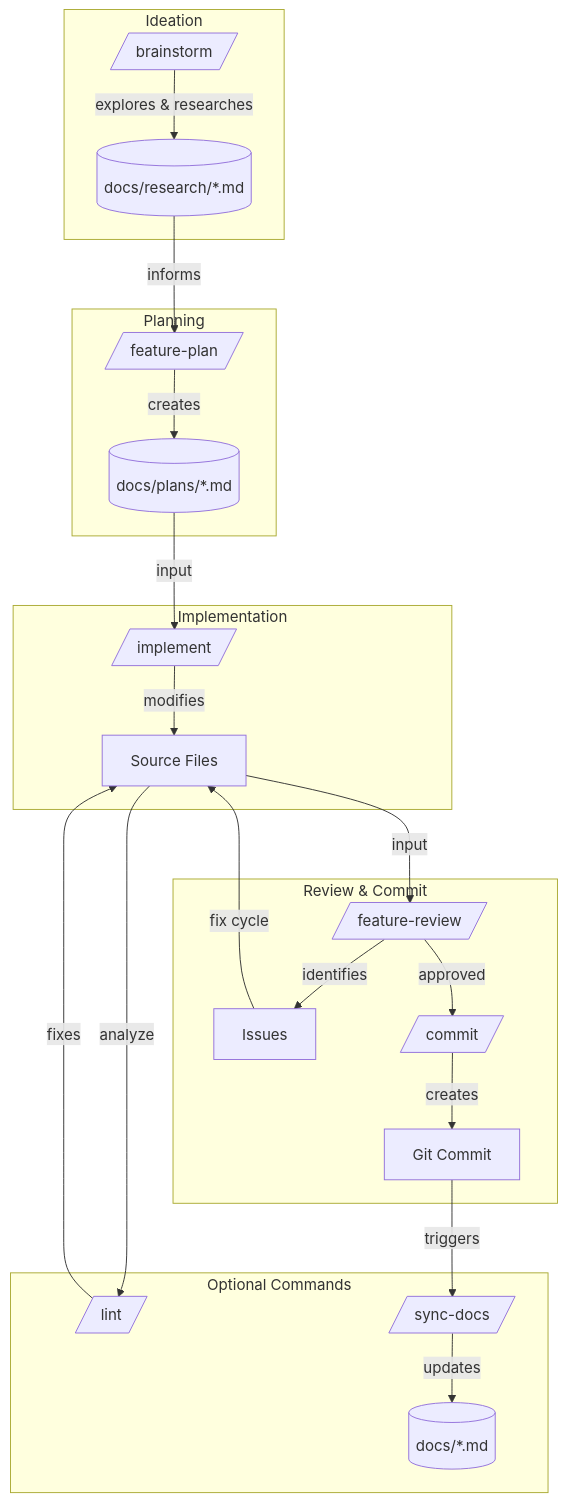
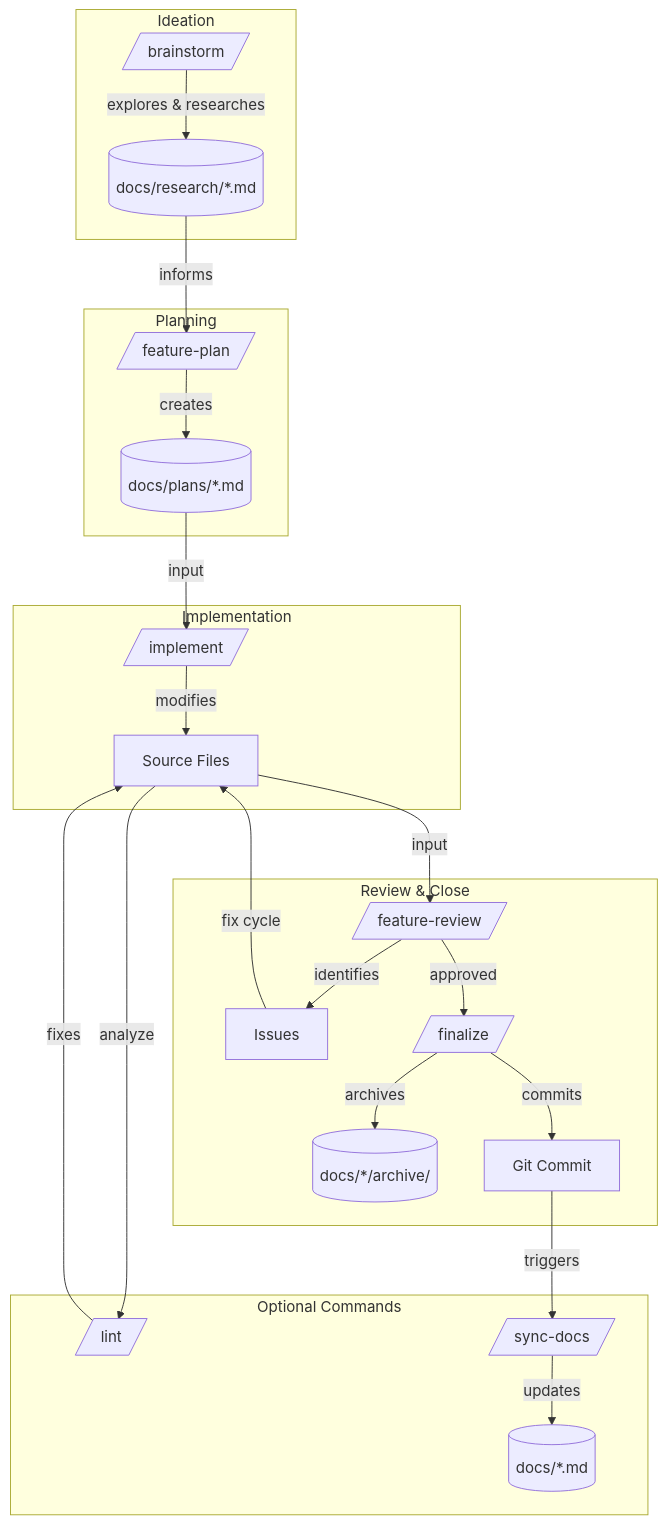
The diagram in docs/workflow.md (EvanLavender13/audio-jones), drawn with Mermaid before and after one commit. The commit also changed other lines of this file and 5 other files, not shown here.

````diff
--- a/docs/workflow.md
+++ b/docs/workflow.md
@@ -7,37 +7,38 @@
 ```mermaid
 flowchart TD
     subgraph Ideation[Ideation]
         BS[/brainstorm/] -->|explores & researches| ResearchDoc[(docs/research/*.md)]
     end
 
     subgraph Plan[Planning]
         ResearchDoc -->|informs| FP[/feature-plan/]
         FP -->|creates| PlanDoc[(docs/plans/*.md)]
     end
 
     subgraph Implement[Implementation]
         PlanDoc -->|input| IMP[/implement/]
         IMP -->|modifies| Code[Source Files]
     end
 
-    subgraph Review[Review & Commit]
+    subgraph Review[Review & Close]
         Code -->|input| FR[/feature-review/]
         FR -->|identifies| Issues[Issues]
         Issues -->|fix cycle| Code
-        FR -->|approved| COM[/commit/]
-        COM -->|creates| Commit[Git Commit]
+        FR -->|approved| FIN[/finalize/]
+        FIN -->|archives| Archive[(docs/*/archive/)]
+        FIN -->|commits| Commit[Git Commit]
     end
 
     subgraph Optional[Optional Commands]
         Code -->|analyze| LINT[/lint/]
         LINT -->|fixes| Code
         Commit -->|triggers| SYNC[/sync-docs/]
         SYNC -->|updates| Docs[(docs/*.md)]
     end
 
 %% Legend:
 %% [/command/] slash command
 %% [(file)] document or file
 %% [name] code artifact
 %% → action (label describes relationship)
 ```
````
